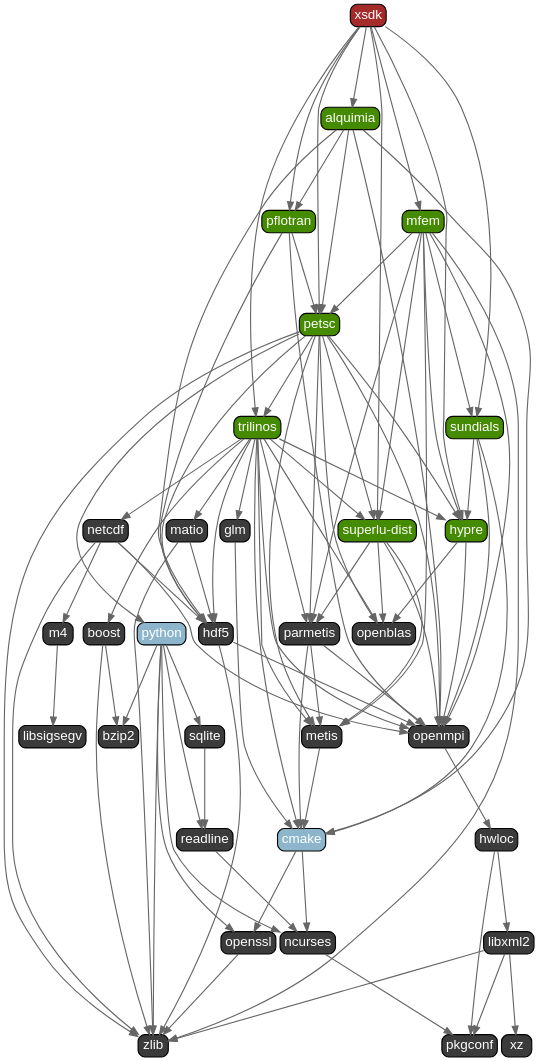
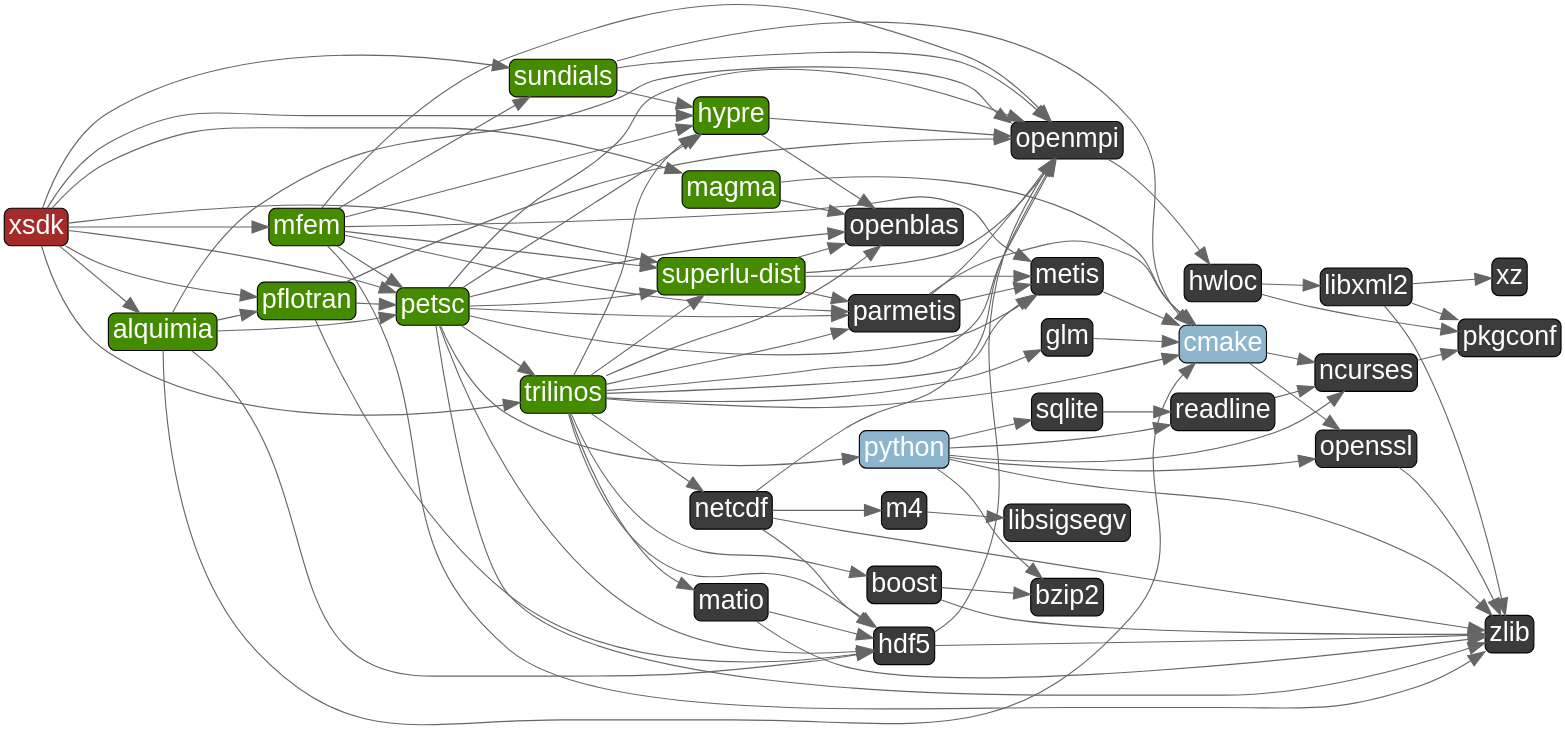
One commit to xsdk-project/xsdk-diagram changed the diagram in xsdk.dot. Above: the diagram before and after it, drawn with Graphviz. The commit also changed 2 other files, not shown here.

Commit message:
Horizontal xsdk layout; bigger nodes.

```diff
--- a/xsdk.dot
+++ b/xsdk.dot
@@ -1,145 +1,149 @@
 digraph G {
   labelloc = "b"
-  rankdir = "TB"
-  ranksep = "2"
+  rankdir = "LR"
+  ranksep = "1"
+  ratio = ".4"
   nodesep = ".1"
   bgcolor = "transparent"
 edge[
      penwidth = "2"
      color = "#666666"
-     arrowsize = "1.5"
+     arrowsize = "3"
 ]
 node[
      fontname=Arial,
      penwidth=2,
-     fontsize=24,
+     fontsize=48,
      margin=.1,
      shape=box,
      fillcolor=brown,
      fontcolor=white,
      style="rounded,filled"]
 
-
-  "tdqkrnk4utrrmpqzskzlp7zsdk7ljppn" [label="xsdk"]
+  "62t576plccr4uv422lyu5fhrzkqqd67s" [label="xsdk"]
   "ntyfxrnkitiolkunvzbqlurcpq3p7uku" [label="alquimia" fillcolor="chartreuse4"]
   "yx24cojumegsr4zm2igoj3yaapi26r5x" [label="cmake" fillcolor="lightskyblue3"]
   "57sdonpes4vfa44pd62xawngsajub6sn" [label="ncurses" fillcolor="gray23"]
   "zdksw5l5yggxbfms5uxylp2xcso35qza" [label="pkgconf" fillcolor="gray23"]
   "znjgdgey7vu4wl2zdqnhfry6qvo3lmyl" [label="openssl" fillcolor="gray23"]
   "kugj5icwtvhlfrkdy4qwa5reztj3poq2" [label="zlib" fillcolor="gray23"]
   "lkn2pvmbe32rx63epxfdukbtz2j6mtlk" [label="hdf5" fillcolor="gray23"]
   "euqkssj2u6n4gza4qvg6gvh6avu3blzv" [label="openmpi" fillcolor="gray23"]
   "pqmnsdonulivxgt4e5lossapwloshelt" [label="hwloc" fillcolor="gray23"]
   "wjf52tiqr2ooqredkgu4nptytsyhefyb" [label="libxml2" fillcolor="gray23"]
   "5xaogvjybobt4kmdgeyv5nfpclfmjgqa" [label="xz" fillcolor="gray23"]
   "yoao3x35t2al32rsq77mshxijx4nlgle" [label="petsc" fillcolor="chartreuse4"]
   "dbddyt3qksfnipwxiw2ddgmmn6zb6q4f" [label="hypre" fillcolor="chartreuse4"]
   "dxpaoysvipwyqcscj5n5j6t5cvqtldr2" [label="openblas" fillcolor="gray23"]
   "yqc6zidhveung3szick4k6rqhautryzp" [label="metis" fillcolor="gray23"]
   "wm6eltg32lqxcgyavmsu67obo7ac4glm" [label="parmetis" fillcolor="gray23"]
   "tksfis6ar4azwzyofx2bxju5t72c6pcl" [label="python" fillcolor="lightskyblue3"]
   "k42bho7lywu6laeutlfh7q3mivn3h3qk" [label="bzip2" fillcolor="gray23"]
   "jl7jv54jscaiflwnn7fywyho67xof4j7" [label="readline" fillcolor="gray23"]
   "7c34eyli5qmhrx54rwp2sbmgbp3im73z" [label="sqlite" fillcolor="gray23"]
   "refftvwxwdiliykbefrhcevtax2qnoro" [label="superlu-dist" fillcolor="chartreuse4"]
   "f7b5g4roko3voqxoh47xzqkiggw6i2yo" [label="trilinos" fillcolor="chartreuse4"]
   "wphvmp7lb2azylztivv3zjgyhopyz5g7" [label="boost" fillcolor="gray23"]
   "ayd6vcmdbrc3o2skzgtstlfbkqxmcsoz" [label="glm" fillcolor="gray23"]
   "4lfjkvcfepgtcpqtrbb3z4qmwbdaxumf" [label="matio" fillcolor="gray23"]
   "wc7nl4bmpdjeyiqvnn6r4ow6a6mvsgys" [label="netcdf" fillcolor="gray23"]
   "vwblkonajep2vr5tyikyrdeuhja2azvy" [label="m4" fillcolor="gray23"]
   "vbtxh6u35vmkzwc2cno557w3ulgu3n2n" [label="libsigsegv" fillcolor="gray23"]
   "h3lswz7i7i45dp4vokforpjgw2xjozc5" [label="pflotran" fillcolor="chartreuse4"]
   "u5niuyjw72xouxleavts4j6nevl6reqh" [label="mfem" fillcolor="chartreuse4"]
+  "nbx4z3ioxtqaxpk3pd4kf6toutxh3d5n" [label="magma"fillcolor="chartreuse4"]
   "xolsx24azdxstakpax7ukj67xn4me677" [label="sundials" fillcolor="chartreuse4"]
 
   "pqmnsdonulivxgt4e5lossapwloshelt" -> "wjf52tiqr2ooqredkgu4nptytsyhefyb"
+  "yoao3x35t2al32rsq77mshxijx4nlgle" -> "dbddyt3qksfnipwxiw2ddgmmn6zb6q4f"
   "yoao3x35t2al32rsq77mshxijx4nlgle" -> "dxpaoysvipwyqcscj5n5j6t5cvqtldr2"
   "wc7nl4bmpdjeyiqvnn6r4ow6a6mvsgys" -> "vwblkonajep2vr5tyikyrdeuhja2azvy"
   "wm6eltg32lqxcgyavmsu67obo7ac4glm" -> "yx24cojumegsr4zm2igoj3yaapi26r5x"
   "lkn2pvmbe32rx63epxfdukbtz2j6mtlk" -> "euqkssj2u6n4gza4qvg6gvh6avu3blzv"
   "yoao3x35t2al32rsq77mshxijx4nlgle" -> "refftvwxwdiliykbefrhcevtax2qnoro"
   "yx24cojumegsr4zm2igoj3yaapi26r5x" -> "znjgdgey7vu4wl2zdqnhfry6qvo3lmyl"
   "h3lswz7i7i45dp4vokforpjgw2xjozc5" -> "euqkssj2u6n4gza4qvg6gvh6avu3blzv"
+  "nbx4z3ioxtqaxpk3pd4kf6toutxh3d5n" -> "yx24cojumegsr4zm2igoj3yaapi26r5x"
   "yoao3x35t2al32rsq77mshxijx4nlgle" -> "lkn2pvmbe32rx63epxfdukbtz2j6mtlk"
   "h3lswz7i7i45dp4vokforpjgw2xjozc5" -> "lkn2pvmbe32rx63epxfdukbtz2j6mtlk"
   "refftvwxwdiliykbefrhcevtax2qnoro" -> "euqkssj2u6n4gza4qvg6gvh6avu3blzv"
   "yoao3x35t2al32rsq77mshxijx4nlgle" -> "kugj5icwtvhlfrkdy4qwa5reztj3poq2"
   "euqkssj2u6n4gza4qvg6gvh6avu3blzv" -> "pqmnsdonulivxgt4e5lossapwloshelt"
   "dbddyt3qksfnipwxiw2ddgmmn6zb6q4f" -> "euqkssj2u6n4gza4qvg6gvh6avu3blzv"
   "f7b5g4roko3voqxoh47xzqkiggw6i2yo" -> "wm6eltg32lqxcgyavmsu67obo7ac4glm"
   "wjf52tiqr2ooqredkgu4nptytsyhefyb" -> "5xaogvjybobt4kmdgeyv5nfpclfmjgqa"
   "h3lswz7i7i45dp4vokforpjgw2xjozc5" -> "yoao3x35t2al32rsq77mshxijx4nlgle"
   "wc7nl4bmpdjeyiqvnn6r4ow6a6mvsgys" -> "euqkssj2u6n4gza4qvg6gvh6avu3blzv"
   "u5niuyjw72xouxleavts4j6nevl6reqh" -> "dbddyt3qksfnipwxiw2ddgmmn6zb6q4f"
   "dbddyt3qksfnipwxiw2ddgmmn6zb6q4f" -> "dxpaoysvipwyqcscj5n5j6t5cvqtldr2"
   "wphvmp7lb2azylztivv3zjgyhopyz5g7" -> "kugj5icwtvhlfrkdy4qwa5reztj3poq2"
+  "62t576plccr4uv422lyu5fhrzkqqd67s" -> "nbx4z3ioxtqaxpk3pd4kf6toutxh3d5n"
+  "62t576plccr4uv422lyu5fhrzkqqd67s" -> "yoao3x35t2al32rsq77mshxijx4nlgle"
   "wjf52tiqr2ooqredkgu4nptytsyhefyb" -> "zdksw5l5yggxbfms5uxylp2xcso35qza"
   "wc7nl4bmpdjeyiqvnn6r4ow6a6mvsgys" -> "kugj5icwtvhlfrkdy4qwa5reztj3poq2"
   "yoao3x35t2al32rsq77mshxijx4nlgle" -> "tksfis6ar4azwzyofx2bxju5t72c6pcl"
   "f7b5g4roko3voqxoh47xzqkiggw6i2yo" -> "dbddyt3qksfnipwxiw2ddgmmn6zb6q4f"
   "yx24cojumegsr4zm2igoj3yaapi26r5x" -> "57sdonpes4vfa44pd62xawngsajub6sn"
   "refftvwxwdiliykbefrhcevtax2qnoro" -> "wm6eltg32lqxcgyavmsu67obo7ac4glm"
-  "tdqkrnk4utrrmpqzskzlp7zsdk7ljppn" -> "u5niuyjw72xouxleavts4j6nevl6reqh"
   "u5niuyjw72xouxleavts4j6nevl6reqh" -> "euqkssj2u6n4gza4qvg6gvh6avu3blzv"
   "tksfis6ar4azwzyofx2bxju5t72c6pcl" -> "57sdonpes4vfa44pd62xawngsajub6sn"
   "ntyfxrnkitiolkunvzbqlurcpq3p7uku" -> "euqkssj2u6n4gza4qvg6gvh6avu3blzv"
   "yoao3x35t2al32rsq77mshxijx4nlgle" -> "f7b5g4roko3voqxoh47xzqkiggw6i2yo"
-  "tdqkrnk4utrrmpqzskzlp7zsdk7ljppn" -> "xolsx24azdxstakpax7ukj67xn4me677"
+  "tksfis6ar4azwzyofx2bxju5t72c6pcl" -> "kugj5icwtvhlfrkdy4qwa5reztj3poq2"
   "f7b5g4roko3voqxoh47xzqkiggw6i2yo" -> "refftvwxwdiliykbefrhcevtax2qnoro"
   "ntyfxrnkitiolkunvzbqlurcpq3p7uku" -> "yx24cojumegsr4zm2igoj3yaapi26r5x"
-  "tdqkrnk4utrrmpqzskzlp7zsdk7ljppn" -> "ntyfxrnkitiolkunvzbqlurcpq3p7uku"
+  "62t576plccr4uv422lyu5fhrzkqqd67s" -> "f7b5g4roko3voqxoh47xzqkiggw6i2yo"
   "wjf52tiqr2ooqredkgu4nptytsyhefyb" -> "kugj5icwtvhlfrkdy4qwa5reztj3poq2"
+  "nbx4z3ioxtqaxpk3pd4kf6toutxh3d5n" -> "dxpaoysvipwyqcscj5n5j6t5cvqtldr2"
   "znjgdgey7vu4wl2zdqnhfry6qvo3lmyl" -> "kugj5icwtvhlfrkdy4qwa5reztj3poq2"
-  "tdqkrnk4utrrmpqzskzlp7zsdk7ljppn" -> "dbddyt3qksfnipwxiw2ddgmmn6zb6q4f"
   "ntyfxrnkitiolkunvzbqlurcpq3p7uku" -> "lkn2pvmbe32rx63epxfdukbtz2j6mtlk"
   "vwblkonajep2vr5tyikyrdeuhja2azvy" -> "vbtxh6u35vmkzwc2cno557w3ulgu3n2n"
-  "yoao3x35t2al32rsq77mshxijx4nlgle" -> "dbddyt3qksfnipwxiw2ddgmmn6zb6q4f"
   "pqmnsdonulivxgt4e5lossapwloshelt" -> "zdksw5l5yggxbfms5uxylp2xcso35qza"
   "tksfis6ar4azwzyofx2bxju5t72c6pcl" -> "znjgdgey7vu4wl2zdqnhfry6qvo3lmyl"
   "u5niuyjw72xouxleavts4j6nevl6reqh" -> "xolsx24azdxstakpax7ukj67xn4me677"
   "f7b5g4roko3voqxoh47xzqkiggw6i2yo" -> "4lfjkvcfepgtcpqtrbb3z4qmwbdaxumf"
   "ntyfxrnkitiolkunvzbqlurcpq3p7uku" -> "yoao3x35t2al32rsq77mshxijx4nlgle"
   "7c34eyli5qmhrx54rwp2sbmgbp3im73z" -> "jl7jv54jscaiflwnn7fywyho67xof4j7"
   "4lfjkvcfepgtcpqtrbb3z4qmwbdaxumf" -> "kugj5icwtvhlfrkdy4qwa5reztj3poq2"
   "lkn2pvmbe32rx63epxfdukbtz2j6mtlk" -> "kugj5icwtvhlfrkdy4qwa5reztj3poq2"
   "u5niuyjw72xouxleavts4j6nevl6reqh" -> "kugj5icwtvhlfrkdy4qwa5reztj3poq2"
   "xolsx24azdxstakpax7ukj67xn4me677" -> "yx24cojumegsr4zm2igoj3yaapi26r5x"
-  "tdqkrnk4utrrmpqzskzlp7zsdk7ljppn" -> "f7b5g4roko3voqxoh47xzqkiggw6i2yo"
   "refftvwxwdiliykbefrhcevtax2qnoro" -> "yqc6zidhveung3szick4k6rqhautryzp"
   "ntyfxrnkitiolkunvzbqlurcpq3p7uku" -> "h3lswz7i7i45dp4vokforpjgw2xjozc5"
   "tksfis6ar4azwzyofx2bxju5t72c6pcl" -> "k42bho7lywu6laeutlfh7q3mivn3h3qk"
   "f7b5g4roko3voqxoh47xzqkiggw6i2yo" -> "wc7nl4bmpdjeyiqvnn6r4ow6a6mvsgys"
   "wm6eltg32lqxcgyavmsu67obo7ac4glm" -> "euqkssj2u6n4gza4qvg6gvh6avu3blzv"
   "f7b5g4roko3voqxoh47xzqkiggw6i2yo" -> "euqkssj2u6n4gza4qvg6gvh6avu3blzv"
   "f7b5g4roko3voqxoh47xzqkiggw6i2yo" -> "lkn2pvmbe32rx63epxfdukbtz2j6mtlk"
   "xolsx24azdxstakpax7ukj67xn4me677" -> "dbddyt3qksfnipwxiw2ddgmmn6zb6q4f"
-  "tdqkrnk4utrrmpqzskzlp7zsdk7ljppn" -> "yoao3x35t2al32rsq77mshxijx4nlgle"
   "tksfis6ar4azwzyofx2bxju5t72c6pcl" -> "jl7jv54jscaiflwnn7fywyho67xof4j7"
   "u5niuyjw72xouxleavts4j6nevl6reqh" -> "refftvwxwdiliykbefrhcevtax2qnoro"
   "wm6eltg32lqxcgyavmsu67obo7ac4glm" -> "yqc6zidhveung3szick4k6rqhautryzp"
   "f7b5g4roko3voqxoh47xzqkiggw6i2yo" -> "yx24cojumegsr4zm2igoj3yaapi26r5x"
-  "tksfis6ar4azwzyofx2bxju5t72c6pcl" -> "kugj5icwtvhlfrkdy4qwa5reztj3poq2"
   "wphvmp7lb2azylztivv3zjgyhopyz5g7" -> "k42bho7lywu6laeutlfh7q3mivn3h3qk"
   "u5niuyjw72xouxleavts4j6nevl6reqh" -> "yoao3x35t2al32rsq77mshxijx4nlgle"
   "yqc6zidhveung3szick4k6rqhautryzp" -> "yx24cojumegsr4zm2igoj3yaapi26r5x"
   "f7b5g4roko3voqxoh47xzqkiggw6i2yo" -> "yqc6zidhveung3szick4k6rqhautryzp"
   "f7b5g4roko3voqxoh47xzqkiggw6i2yo" -> "ayd6vcmdbrc3o2skzgtstlfbkqxmcsoz"
   "ayd6vcmdbrc3o2skzgtstlfbkqxmcsoz" -> "yx24cojumegsr4zm2igoj3yaapi26r5x"
   "57sdonpes4vfa44pd62xawngsajub6sn" -> "zdksw5l5yggxbfms5uxylp2xcso35qza"
   "yoao3x35t2al32rsq77mshxijx4nlgle" -> "euqkssj2u6n4gza4qvg6gvh6avu3blzv"
+  "62t576plccr4uv422lyu5fhrzkqqd67s" -> "ntyfxrnkitiolkunvzbqlurcpq3p7uku"
   "u5niuyjw72xouxleavts4j6nevl6reqh" -> "yqc6zidhveung3szick4k6rqhautryzp"
   "tksfis6ar4azwzyofx2bxju5t72c6pcl" -> "7c34eyli5qmhrx54rwp2sbmgbp3im73z"
   "xolsx24azdxstakpax7ukj67xn4me677" -> "euqkssj2u6n4gza4qvg6gvh6avu3blzv"
   "u5niuyjw72xouxleavts4j6nevl6reqh" -> "wm6eltg32lqxcgyavmsu67obo7ac4glm"
+  "62t576plccr4uv422lyu5fhrzkqqd67s" -> "h3lswz7i7i45dp4vokforpjgw2xjozc5"
   "yoao3x35t2al32rsq77mshxijx4nlgle" -> "yqc6zidhveung3szick4k6rqhautryzp"
+  "62t576plccr4uv422lyu5fhrzkqqd67s" -> "dbddyt3qksfnipwxiw2ddgmmn6zb6q4f"
+  "62t576plccr4uv422lyu5fhrzkqqd67s" -> "refftvwxwdiliykbefrhcevtax2qnoro"
   "jl7jv54jscaiflwnn7fywyho67xof4j7" -> "57sdonpes4vfa44pd62xawngsajub6sn"
   "yoao3x35t2al32rsq77mshxijx4nlgle" -> "wm6eltg32lqxcgyavmsu67obo7ac4glm"
-  "tdqkrnk4utrrmpqzskzlp7zsdk7ljppn" -> "refftvwxwdiliykbefrhcevtax2qnoro"
-  "tdqkrnk4utrrmpqzskzlp7zsdk7ljppn" -> "h3lswz7i7i45dp4vokforpjgw2xjozc5"
+  "62t576plccr4uv422lyu5fhrzkqqd67s" -> "u5niuyjw72xouxleavts4j6nevl6reqh"
+  "62t576plccr4uv422lyu5fhrzkqqd67s" -> "xolsx24azdxstakpax7ukj67xn4me677"
   "wc7nl4bmpdjeyiqvnn6r4ow6a6mvsgys" -> "lkn2pvmbe32rx63epxfdukbtz2j6mtlk"
   "refftvwxwdiliykbefrhcevtax2qnoro" -> "dxpaoysvipwyqcscj5n5j6t5cvqtldr2"
   "4lfjkvcfepgtcpqtrbb3z4qmwbdaxumf" -> "lkn2pvmbe32rx63epxfdukbtz2j6mtlk"
   "f7b5g4roko3voqxoh47xzqkiggw6i2yo" -> "dxpaoysvipwyqcscj5n5j6t5cvqtldr2"
   "f7b5g4roko3voqxoh47xzqkiggw6i2yo" -> "wphvmp7lb2azylztivv3zjgyhopyz5g7"
 }
```
